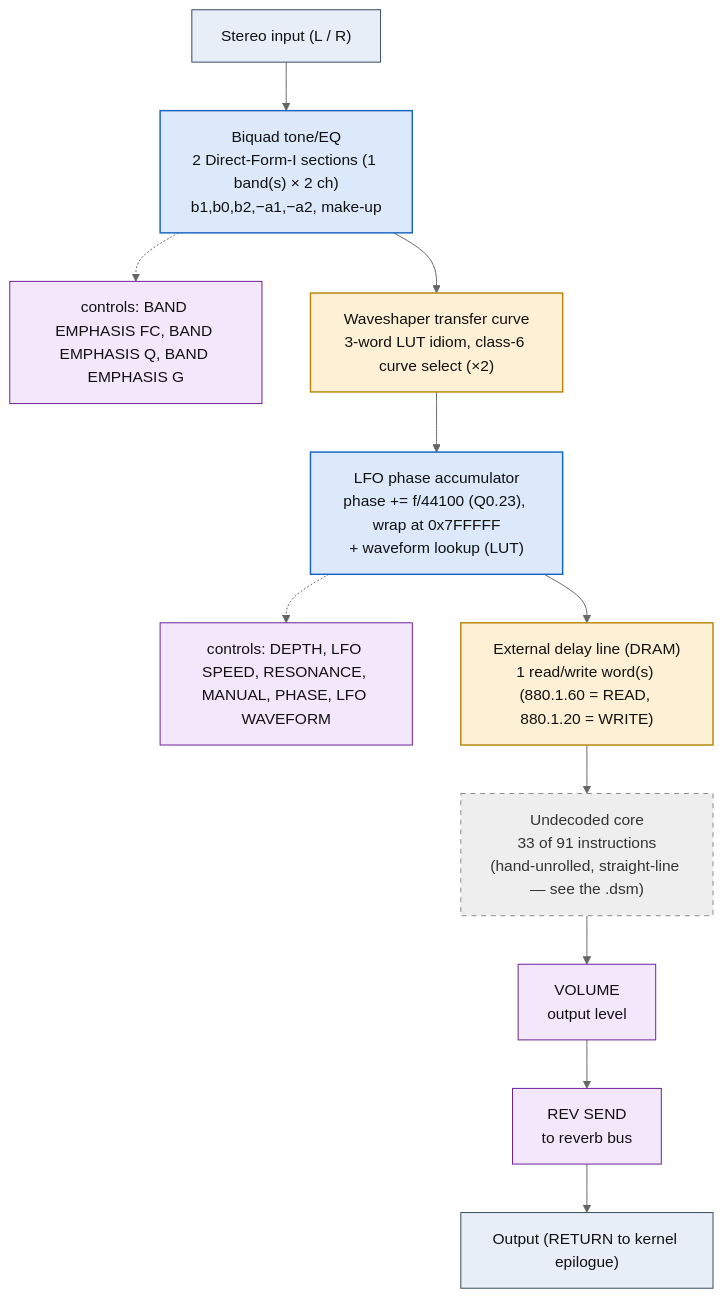
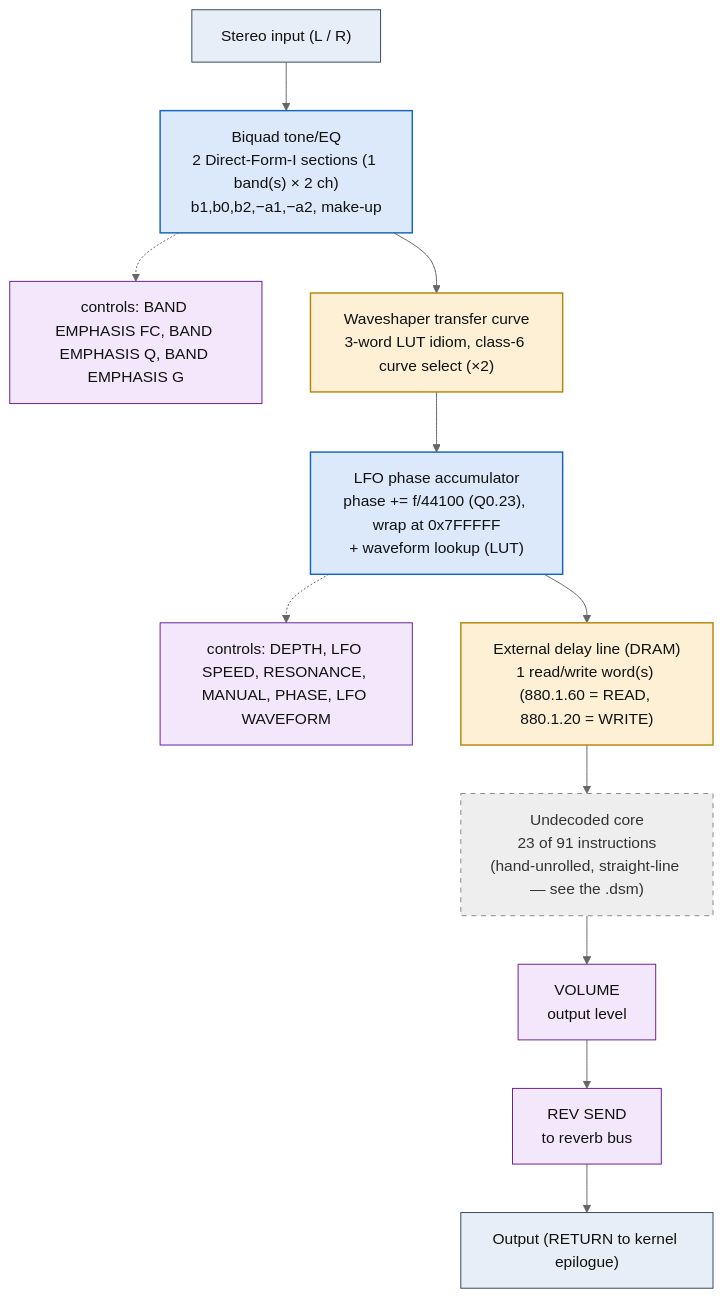
One commit to ArqueologiaDigital/kn5000-roms-disasm changed the diagram in dsp/flowcharts/prog73_peq_flanger.md. Above: the diagram before and after it, drawn with Mermaid (neutral theme). The commit also changed other lines of this file and 78 other files, not shown here.

````diff
--- a/dsp/flowcharts/prog73_peq_flanger.md
+++ b/dsp/flowcharts/prog73_peq_flanger.md
@@ -12,36 +12,36 @@
 ```mermaid
 flowchart TD
     N0["Stereo input (L / R)"]
     N1["Biquad tone/EQ<br/>2 Direct-Form-I sections (1 band(s) &times; 2 ch)<br/>b1,b0,b2,&minus;a1,&minus;a2, make-up"]
     N0 --> N1
     N2["controls: BAND EMPHASIS FC, BAND EMPHASIS Q, BAND EMPHASIS G"]
     N1 -.-> N2
     N3["Waveshaper transfer curve<br/>3-word LUT idiom, class-6 curve select (&times;2)"]
     N1 --> N3
     N4["LFO phase accumulator<br/>phase += f/44100 (Q0.23), wrap at 0x7FFFFF<br/>+ waveform lookup (LUT)"]
     N3 --> N4
     N5["controls: DEPTH, LFO SPEED, RESONANCE, MANUAL, PHASE, LFO WAVEFORM"]
     N4 -.-> N5
     N6["External delay line (DRAM)<br/>1 read/write word(s) (880.1.60 = READ, 880.1.20 = WRITE)"]
     N4 --> N6
-    N7["Undecoded core<br/>33 of 91 instructions<br/>(hand-unrolled, straight-line &mdash; see the .dsm)"]
+    N7["Undecoded core<br/>23 of 91 instructions<br/>(hand-unrolled, straight-line &mdash; see the .dsm)"]
     N6 --> N7
     N8["VOLUME<br/>output level"]
     N7 --> N8
     N9["REV SEND<br/>to reverb bus"]
     N8 --> N9
     N10["Output (RETURN to kernel epilogue)"]
     N9 --> N10
 
     classDef io fill:#e8eef7,stroke:#33475b,stroke-width:1px,color:#111;
     classDef proven fill:#d7f0d7,stroke:#2e7d32,stroke-width:2px,color:#111;
     classDef measured fill:#dbe9fb,stroke:#1565c0,stroke-width:1.5px,color:#111;
     classDef inferred fill:#fdf0d5,stroke:#b8860b,stroke-width:1.5px,color:#111;
     classDef open fill:#eeeeee,stroke:#888,stroke-width:1px,color:#333,stroke-dasharray:5 5;
     classDef ctrl fill:#f3e8fb,stroke:#6a1b9a,stroke-width:1px,color:#111;
     class N0,N10 io;
     class N1,N4 measured;
     class N2,N5,N8,N9 ctrl;
     class N3,N6 inferred;
     class N7 open;
 ```
````
